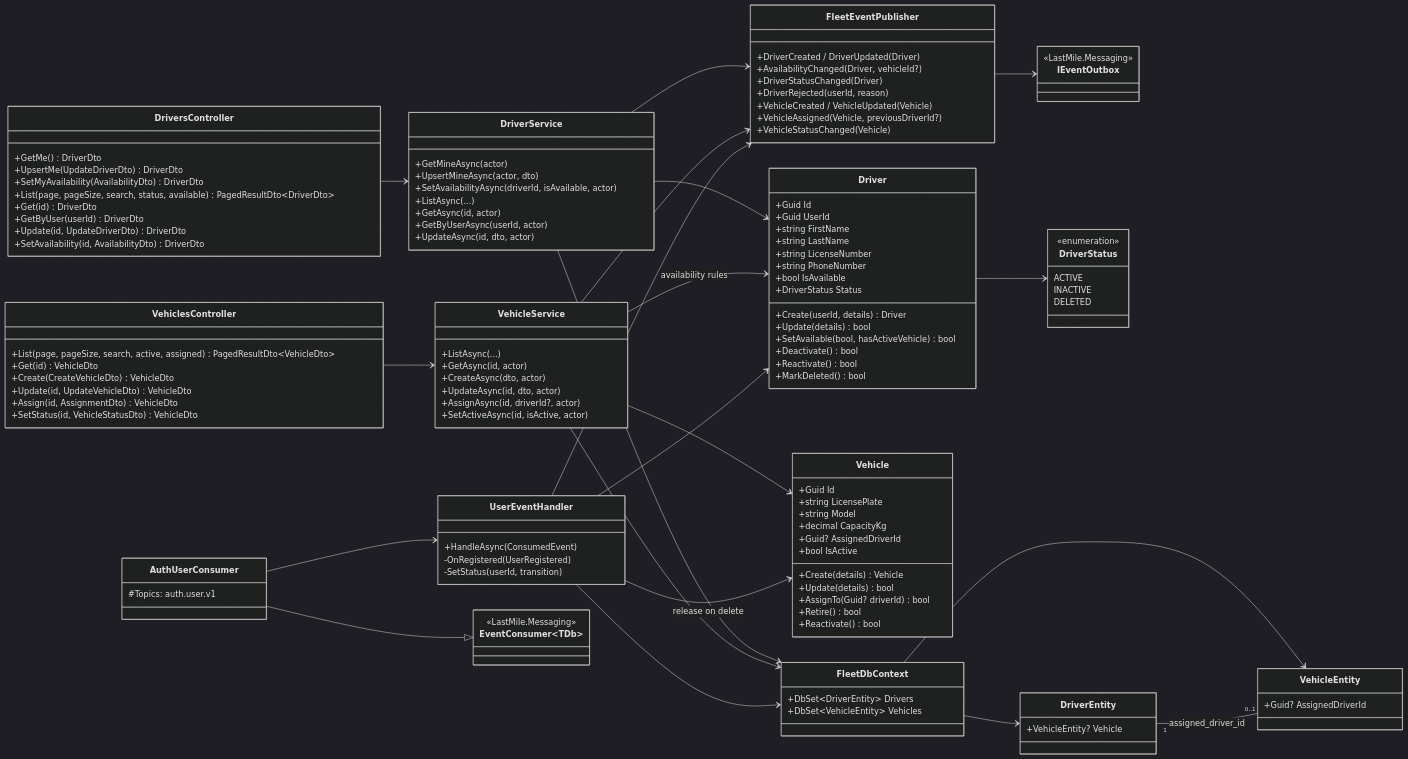
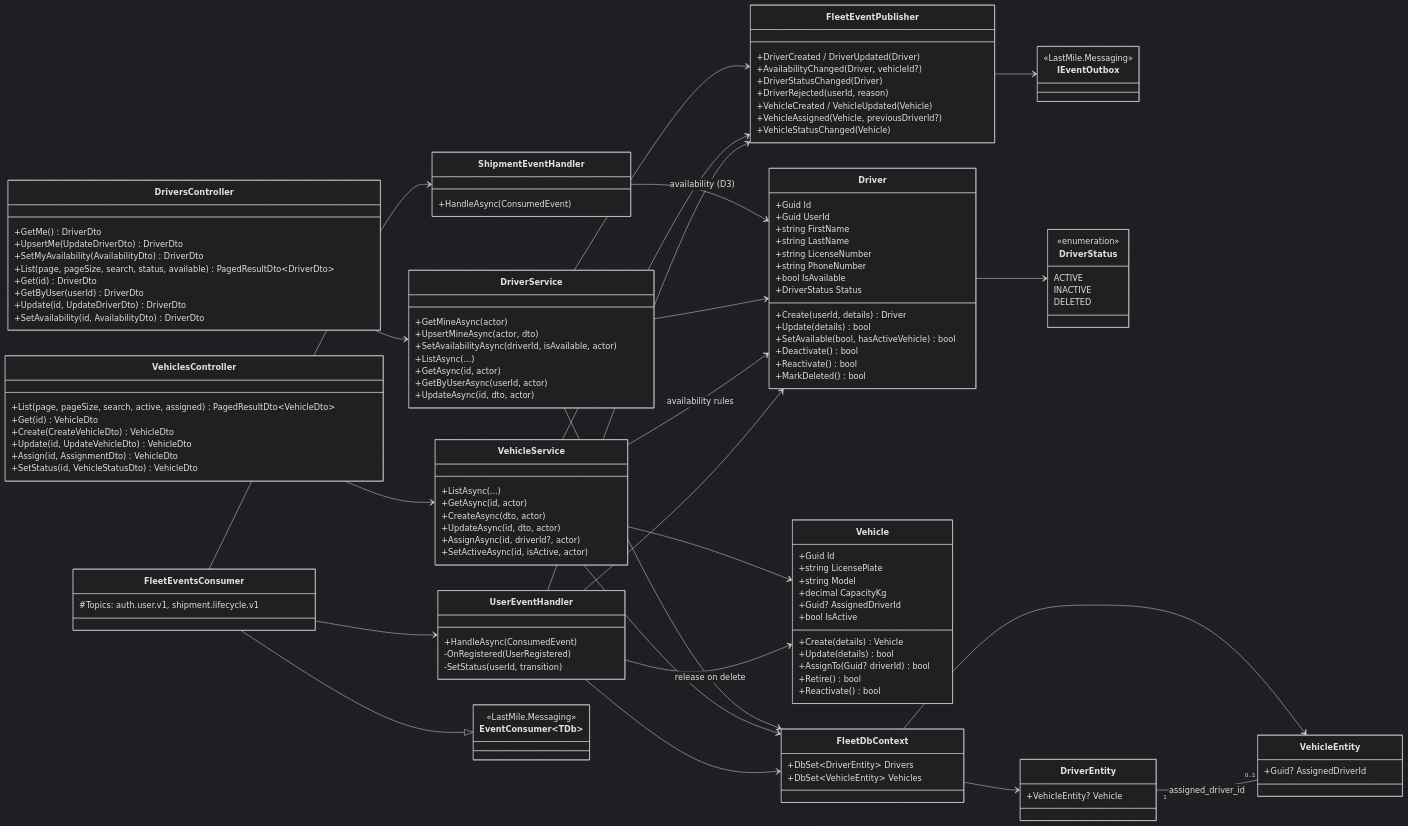
The second of 2 diagrams in documents/FleetService/FleetService.md (RyanAmmarKhodja/last-mile), drawn with Mermaid (dark theme) before and after one commit. The commit also changed other lines of this file and 107 other files, not shown here.

Commit message:
Added FleetTrackingService alongside a simple python script. tested under one driver and is succesful for 1000 pings/sec

```diff
--- a/documents/FleetService/FleetService.md
+++ b/documents/FleetService/FleetService.md
@@ -195,8 +195,11 @@
         +VehicleAssigned(Vehicle, previousDriverId?)
         +VehicleStatusChanged(Vehicle)
     }
-    class AuthUserConsumer {
-        #Topics: auth.user.v1
+    class FleetEventsConsumer {
+        #Topics: auth.user.v1, shipment.lifecycle.v1
+    }
+    class ShipmentEventHandler {
+        +HandleAsync(ConsumedEvent)
     }
     class EventConsumer~TDb~ {
         <<LastMile.Messaging>>
@@ -253,8 +256,10 @@
 
     DriversController --> DriverService
     VehiclesController --> VehicleService
-    AuthUserConsumer --|> EventConsumer~TDb~
-    AuthUserConsumer --> UserEventHandler
+    FleetEventsConsumer --|> EventConsumer~TDb~
+    FleetEventsConsumer --> UserEventHandler
+    FleetEventsConsumer --> ShipmentEventHandler
+    ShipmentEventHandler --> Driver : availability (D3)
     DriverService --> Driver
     VehicleService --> Vehicle
     VehicleService --> Driver : availability rules
```
